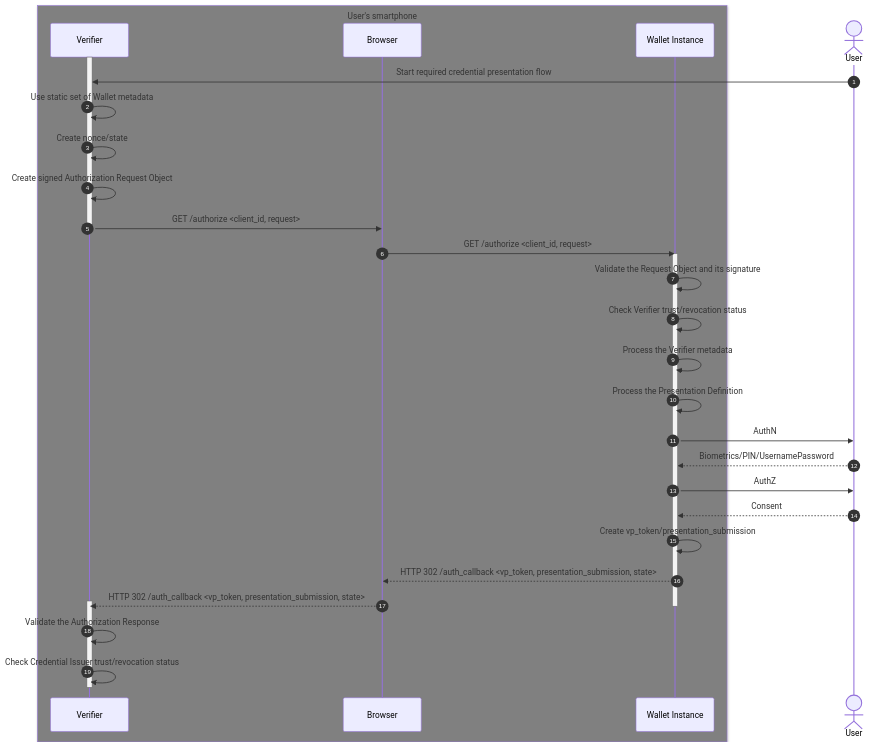
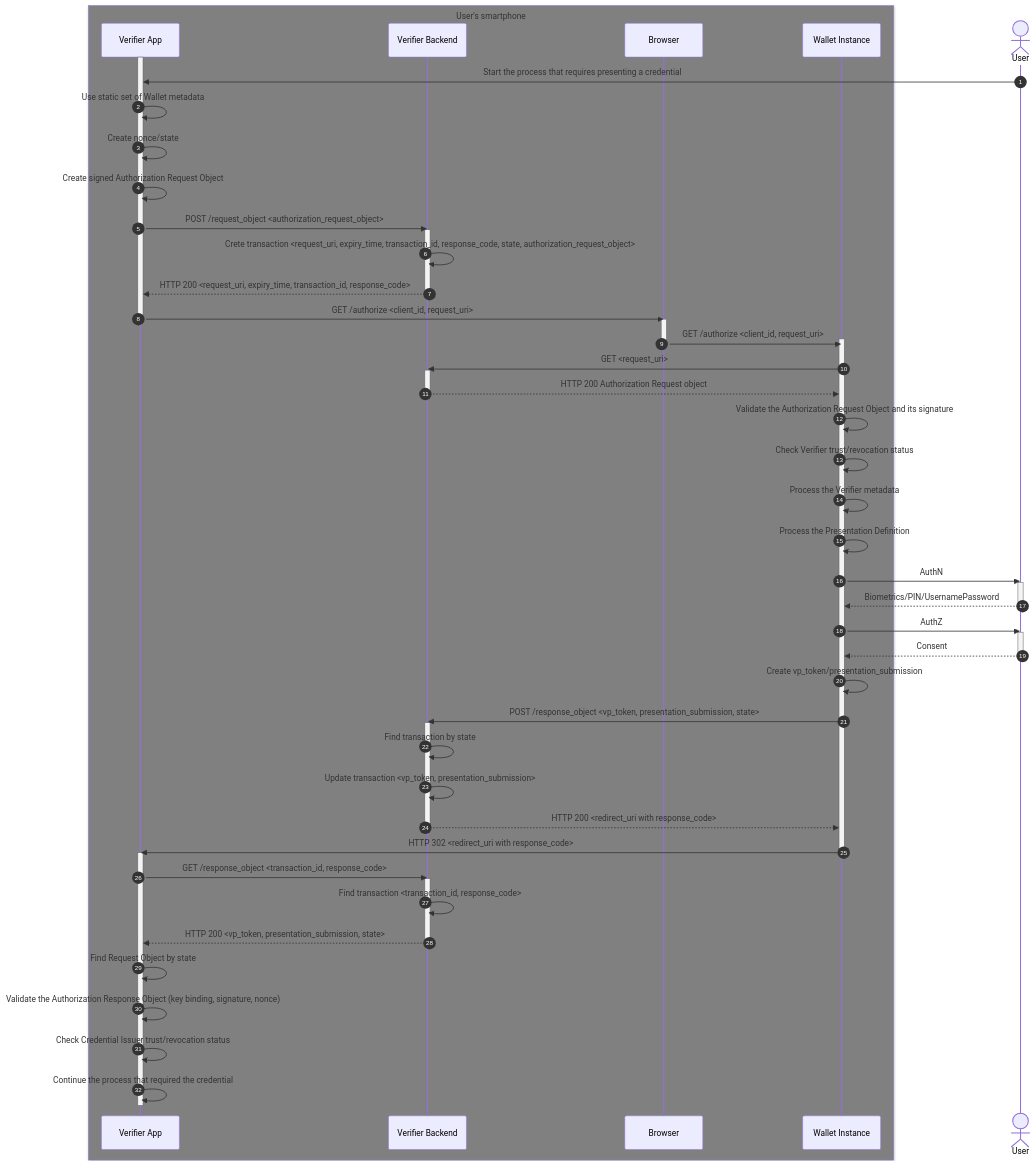
One commit to open-eid/eudi-qeaa-doc changed the diagram in docs/flows/qeaa-presentation.md. Above: the diagram before and after it, drawn with Mermaid. The commit also changed other lines of this file and 12 other files, not shown here.

Commit message:
Update Presentation Flow. Add Credential Nonce endpoint spec. Other minor changes.

````diff
--- a/docs/flows/qeaa-presentation.md
+++ b/docs/flows/qeaa-presentation.md
@@ -55,35 +65,63 @@
 ```mermaid
 sequenceDiagram
     autonumber
     box Gray User's smartphone
-        participant V as Verifier
+        participant V as Verifier App
+        participant VB as Verifier Backend
         participant B as Browser
         participant W as Wallet Instance
     end
     actor U as User
     activate V
-    U ->> V: Start required credential presentation flow
+    U ->> V: Start the process that requires presenting a credential
     V ->> V: Use static set of Wallet metadata
     V ->> V: Create nonce/state
     V ->> V: Create signed Authorization Request Object
-    V ->> B: GET /authorize <client_id, request>
+    V ->> VB: POST /request_object <authorization_request_object>
+    activate VB
+    VB ->> VB: Crete transaction <request_uri, expiry_time, transaction_id, response_code, state, authorization_request_object>
+    VB -->> V: HTTP 200 <request_uri, expiry_time, transaction_id, response_code>
+    deactivate VB
+    V ->> B: GET /authorize <client_id, request_uri>
     deactivate V
-    B ->> W: GET /authorize <client_id, request>
+    activate B
+    B ->> W: GET /authorize <client_id, request_uri>
     activate W
-    W ->> W: Validate the Request Object and its signature
+    deactivate B
+    W ->> VB: GET <request_uri>
+    activate VB
+    VB -->> W: HTTP 200 Authorization Request object
+    deactivate VB
+    W ->> W: Validate the Authorization Request Object and its signature
     W ->> W: Check Verifier trust/revocation status
     W ->> W: Process the Verifier metadata
     W ->> W: Process the Presentation Definition
     W ->> U: AuthN
+    activate U
     U -->> W: Biometrics/PIN/UsernamePassword
+    deactivate U
     W ->> U: AuthZ
+    activate U
     U -->> W: Consent
+    deactivate U
     W ->> W: Create vp_token/presentation_submission
-    W -->> B: HTTP 302 /auth_callback <vp_token, presentation_submission, state>
-    B -->> V: HTTP 302 /auth_callback <vp_token, presentation_submission, state>
+    W ->> VB: POST /response_object <vp_token, presentation_submission, state>
+    activate VB
+    VB ->> VB: Find transaction by state
+    VB ->> VB: Update transaction <vp_token, presentation_submission>
+    VB -->> W: HTTP 200 <redirect_uri with response_code>
+    deactivate VB
+    W ->> V: HTTP 302 <redirect_uri with response_code>
+    deactivate W
     activate V
-    deactivate W
-    V ->> V: Validate the Authorization Response
+    V ->> VB: GET /response_object <transaction_id, response_code>
+    activate VB
+    VB ->> VB: Find transaction <transaction_id, response_code>
+    VB -->> V: HTTP 200 <vp_token, presentation_submission, state>
+    deactivate VB
+    V ->> V: Find Request Object by state
+    V ->> V: Validate the Authorization Response Object (key binding, signature, nonce)
     V ->> V: Check Credential Issuer trust/revocation status
+    V ->> V: Continue the process that required the credential
     deactivate V
 ```
````
